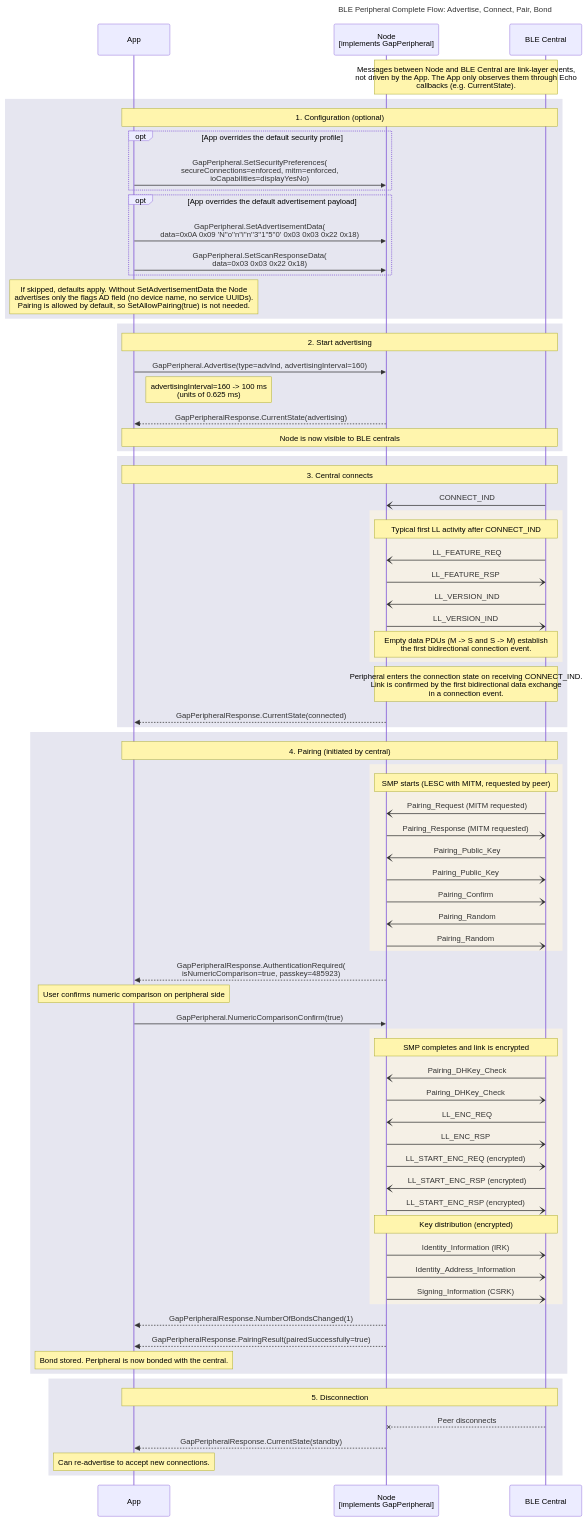
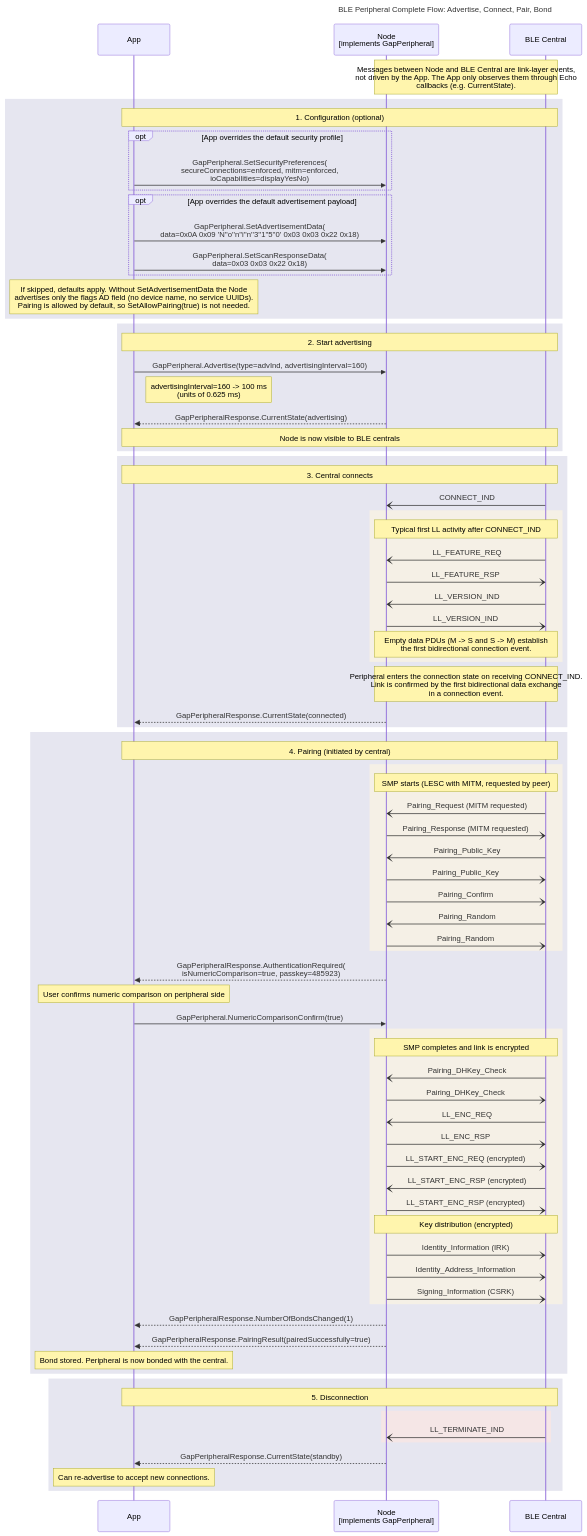
One commit to philips-software/amp-embedded-infra-lib changed the diagram in documents/modules/ROOT/partials/echoservices/composite_flows/PeripheralRole_CompleteFlow_sequence.mmd. Above: the diagram before and after it, drawn with Mermaid. The commit also changed 8 other files, not shown here.

```diff
--- a/documents/modules/ROOT/partials/echoservices/composite_flows/PeripheralRole_CompleteFlow_sequence.mmd
+++ b/documents/modules/ROOT/partials/echoservices/composite_flows/PeripheralRole_CompleteFlow_sequence.mmd
@@ -1,90 +1,92 @@
 sequenceDiagram
     title BLE Peripheral Complete Flow: Advertise, Connect, Pair, Bond
 
     participant App as App
     participant Node as Node<br>[implements GapPeripheral]
     participant Central as BLE Central
 
 
     Note over Node, Central: Messages between Node and BLE Central are link-layer events,<br>not driven by the App. The App only observes them through Echo<br>callbacks (e.g. CurrentState).
 
     rect rgb(230, 230, 240)
         note over App, Central: 1. Configuration (optional)
         opt App overrides the default security profile
             App->>Node: GapPeripheral.SetSecurityPreferences(<br>secureConnections=enforced, mitm=enforced,<br>ioCapabilities=displayYesNo)
         end
         opt App overrides the default advertisement payload
             App->>Node: GapPeripheral.SetAdvertisementData(<br>data=0x0A 0x09 'N''o''n''i''n''3''1''5''0' 0x03 0x03 0x22 0x18)
             App->>Node: GapPeripheral.SetScanResponseData(<br>data=0x03 0x03 0x22 0x18)
         end
         Note over App: If skipped, defaults apply. Without SetAdvertisementData the Node<br>advertises only the flags AD field (no device name, no service UUIDs).<br>Pairing is allowed by default, so SetAllowPairing(true) is not needed.
     end
 
     rect rgb(230, 230, 240)
         note over App, Central: 2. Start advertising
         App->>Node: GapPeripheral.Advertise(type=advInd, advertisingInterval=160)
         Note right of App: advertisingInterval=160 -> 100 ms<br>(units of 0.625 ms)
         Node-->>App: GapPeripheralResponse.CurrentState(advertising)
 
         Note over App, Central: Node is now visible to BLE centrals
     end
 
     rect rgb(230, 230, 240)
         note over App, Central: 3. Central connects
         Central-)Node: CONNECT_IND
         rect rgb(245, 240, 230)
             Note over Node, Central: Typical first LL activity after CONNECT_IND
             Central-)Node: LL_FEATURE_REQ
             Node-)Central: LL_FEATURE_RSP
             Central-)Node: LL_VERSION_IND
             Node-)Central: LL_VERSION_IND
             Note over Node, Central: Empty data PDUs (M -> S and S -> M) establish<br>the first bidirectional connection event.
         end
         Note over Node, Central: Peripheral enters the connection state on receiving CONNECT_IND.<br>Link is confirmed by the first bidirectional data exchange<br>in a connection event.
         Node-->>App: GapPeripheralResponse.CurrentState(connected)
     end
 
     rect rgb(230, 230, 240)
         note over App, Central: 4. Pairing (initiated by central)
         rect rgb(245, 240, 230)
             Note over Node, Central: SMP starts (LESC with MITM, requested by peer)
             Central-)Node: Pairing_Request (MITM requested)
             Node-)Central: Pairing_Response (MITM requested)
             Central-)Node: Pairing_Public_Key
             Node-)Central: Pairing_Public_Key
             Node-)Central: Pairing_Confirm
             Central-)Node: Pairing_Random
             Node-)Central: Pairing_Random
         end
         Node-->>App: GapPeripheralResponse.AuthenticationRequired(<br>isNumericComparison=true, passkey=485923)
 
         Note over App: User confirms numeric comparison on peripheral side
 
         App->>Node: GapPeripheral.NumericComparisonConfirm(true)
         rect rgb(245, 240, 230)
             Note over Node, Central: SMP completes and link is encrypted
             Central-)Node: Pairing_DHKey_Check
             Node-)Central: Pairing_DHKey_Check
             Central-)Node: LL_ENC_REQ
             Node-)Central: LL_ENC_RSP
             Node-)Central: LL_START_ENC_REQ (encrypted)
             Central-)Node: LL_START_ENC_RSP (encrypted)
             Node-)Central: LL_START_ENC_RSP (encrypted)
             Note over Node, Central: Key distribution (encrypted)
             Node-)Central: Identity_Information (IRK)
             Node-)Central: Identity_Address_Information
             Node-)Central: Signing_Information (CSRK)
         end
         Node-->>App: GapPeripheralResponse.NumberOfBondsChanged(1)
         Node-->>App: GapPeripheralResponse.PairingResult(pairedSuccessfully=true)
 
         Note over App: Bond stored. Peripheral is now bonded with the central.
     end
 
     rect rgb(230, 230, 240)
         note over App, Central: 5. Disconnection
-        Central--xNode: Peer disconnects
+        rect rgb(245, 230, 230)
+            Central-)Node: LL_TERMINATE_IND
+        end
         Node-->>App: GapPeripheralResponse.CurrentState(standby)
 
         Note over App: Can re-advertise to accept new connections.
     end
```
